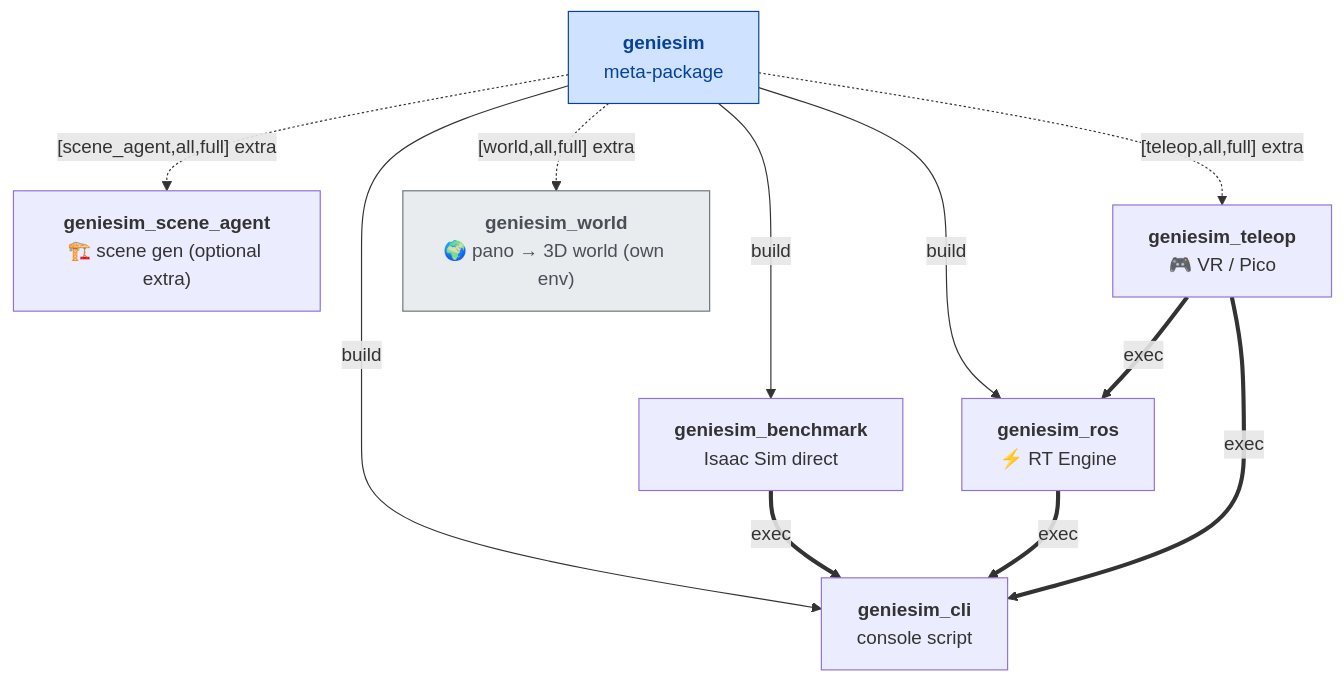
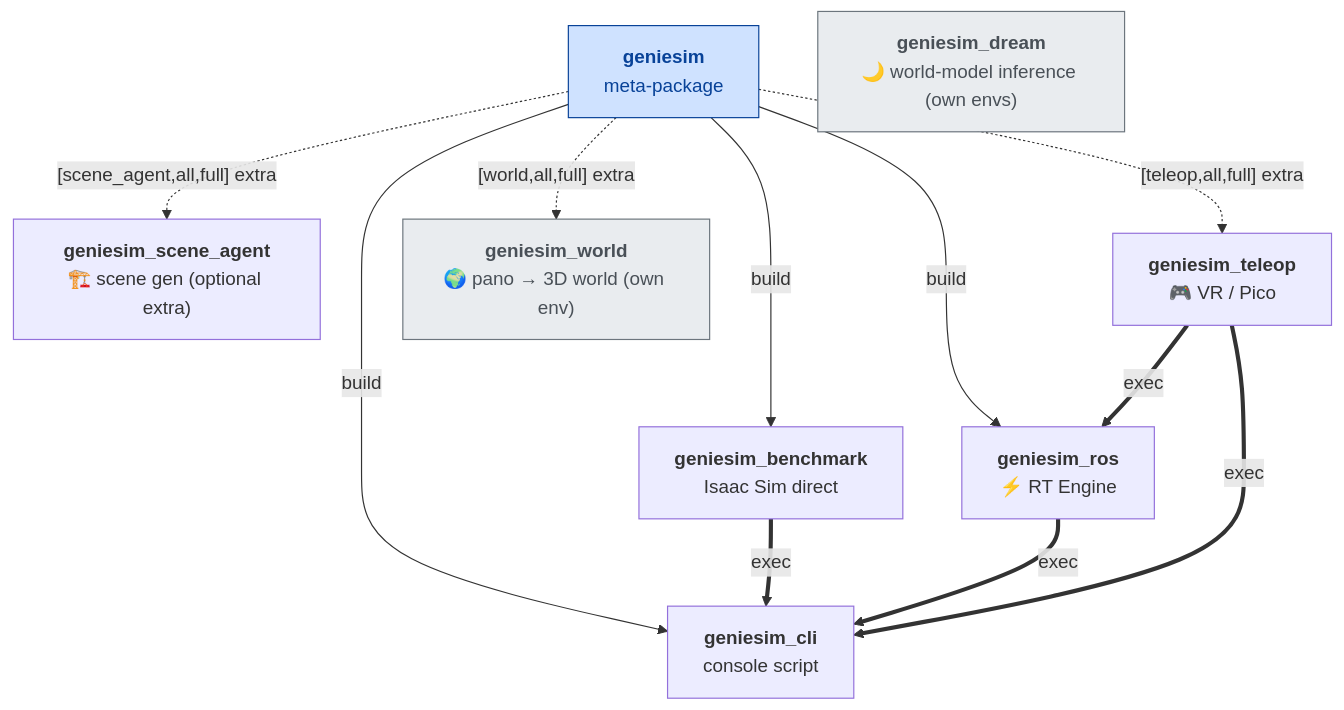
The diagram in source/README.md (AgibotTech/genie_sim), drawn with Mermaid before and after one commit. The commit also changed other lines of this file and 232 other files, not shown here.

Commit message:
feat(dream): integrate G1/G2 world-model inference module

````diff
--- a/source/README.md
+++ b/source/README.md
@@ -68,34 +70,35 @@
 ```mermaid
 graph TD
   %% Auto-generated by `geniesim tool deps-dag --fix`.
   %% Edges: -->|build| build-system requires; ==>|exec| runtime deps;
   %%        -.->|[X] extra| optional extras.
   %% Source: source/geniesim_*/pyproject.toml + _ANNOTATIONS in
   %% source/geniesim_cli/src/geniesim_cli/commands/tool.py.
 
   geniesim["<b>geniesim</b><br/>meta-package"]
   geniesim_cli["<b>geniesim_cli</b><br/>console script"]
   geniesim_benchmark["<b>geniesim_benchmark</b><br/>Isaac Sim direct"]
+  geniesim_dream["<b>geniesim_dream</b><br/>🌙 world-model inference (own envs)"]
   geniesim_ros["<b>geniesim_ros</b><br/>⚡ RT Engine"]
   geniesim_scene_agent["<b>geniesim_scene_agent</b><br/>🏗️ scene gen (optional extra)"]
   geniesim_teleop["<b>geniesim_teleop</b><br/>🎮 VR / Pico"]
   geniesim_world["<b>geniesim_world</b><br/>🌍 pano → 3D world (own env)"]
 
   geniesim -->|build| geniesim_cli
   geniesim -->|build| geniesim_benchmark
   geniesim -->|build| geniesim_ros
   geniesim_benchmark ==>|exec| geniesim_cli
   geniesim_ros ==>|exec| geniesim_cli
   geniesim_teleop ==>|exec| geniesim_cli
   geniesim_teleop ==>|exec| geniesim_ros
   geniesim -."[teleop,all,full] extra".-> geniesim_teleop
   geniesim -."[scene_agent,all,full] extra".-> geniesim_scene_agent
   geniesim -."[world,all,full] extra".-> geniesim_world
 
   classDef legacy fill:#fff3cd,stroke:#856404,color:#856404
   classDef leaf fill:#e9ecef,stroke:#6c757d,color:#495057
   classDef placeholder fill:#f8d7da,stroke:#842029,color:#842029
   classDef umbrella fill:#cfe2ff,stroke:#084298,color:#084298
-  class geniesim_world leaf
+  class geniesim_dream,geniesim_world leaf
   class geniesim umbrella
 ```
````
